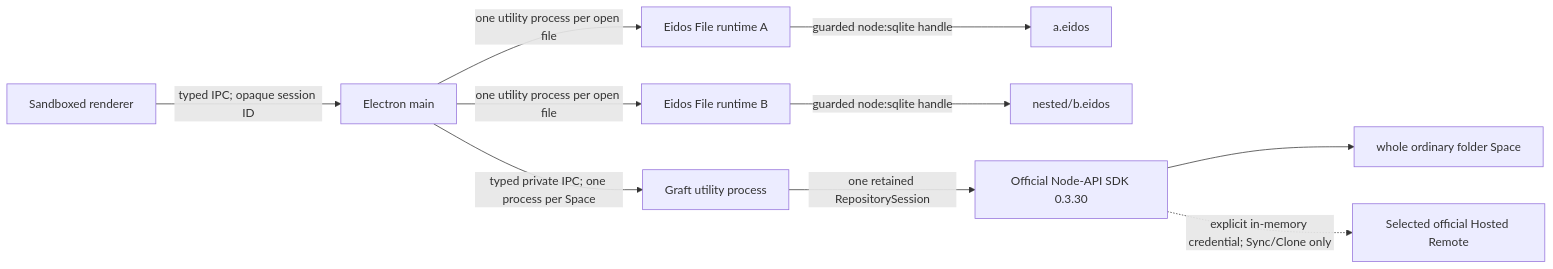
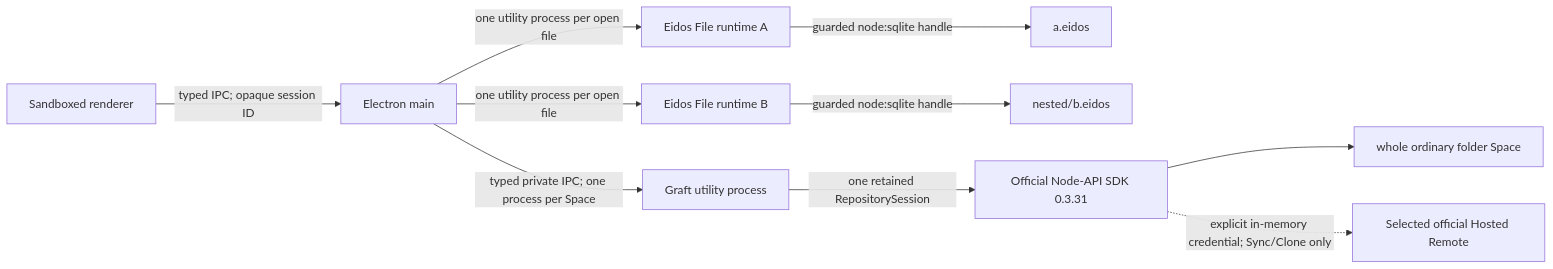
The first of 3 diagrams in apps/eidos-lite-desktop/docs/ARCHITECTURE.md (mayneyao/eidos), drawn with Mermaid before and after one commit. The commit also changed other lines of this file and 12 other files, not shown here.

````diff
--- a/apps/eidos-lite-desktop/docs/ARCHITECTURE.md
+++ b/apps/eidos-lite-desktop/docs/ARCHITECTURE.md
@@ -58,12 +58,12 @@
 ```mermaid
 flowchart LR
   R["Sandboxed renderer"] -->|"typed IPC; opaque session ID"| M["Electron main"]
   M -->|"one utility process per open file"| F1["Eidos File runtime A"]
   M -->|"one utility process per open file"| F2["Eidos File runtime B"]
   F1 -->|"guarded node:sqlite handle"| E1["a.eidos"]
   F2 -->|"guarded node:sqlite handle"| E2["nested/b.eidos"]
   M -->|"typed private IPC; one process per Space"| G["Graft utility process"]
-  G -->|"one retained RepositorySession"| N["Official Node-API SDK 0.3.30"]
+  G -->|"one retained RepositorySession"| N["Official Node-API SDK 0.3.31"]
   N --> S["whole ordinary folder Space"]
   N -. "explicit in-memory credential; Sync/Clone only" .-> H["Selected official Hosted Remote"]
 ```
````
